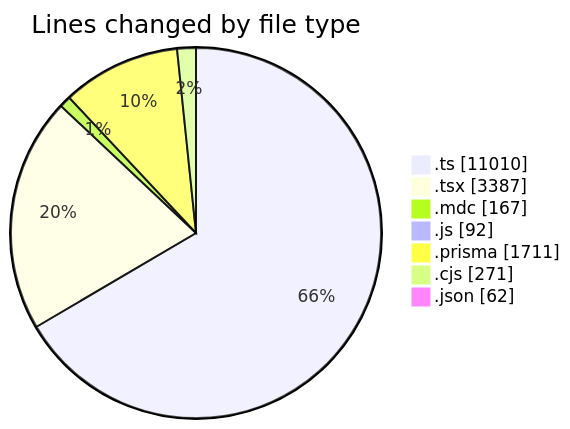
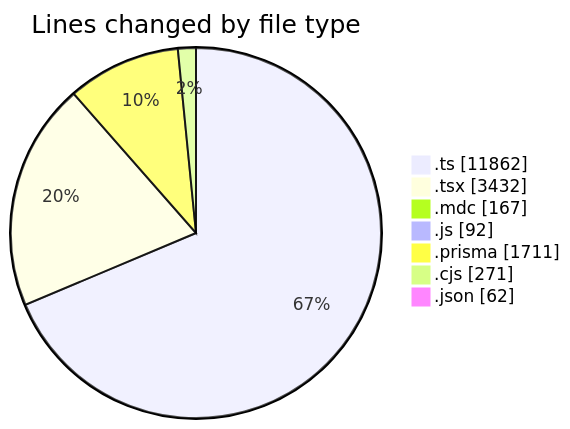
Before and after one commit to CELIANVF/code-tracking: the first of 2 diagrams in 2025-06-06/ecodeli-1/README.md, drawn with Mermaid. The commit also changed other lines of this file and 1 other file, not shown here.

````diff
--- a/2025-06-06/ecodeli-1/README.md
+++ b/2025-06-06/ecodeli-1/README.md
@@ -62,11 +64,11 @@
 ```mermaid
 pie showData
 title Lines changed by file type
-".ts" : 11010
-".tsx" : 3387
+".ts" : 11862
+".tsx" : 3432
 ".mdc" : 167
 ".js" : 92
 ".prisma" : 1711
 ".cjs" : 271
 ".json" : 62
 ```
````
